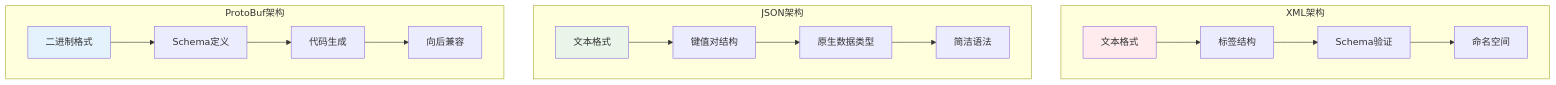
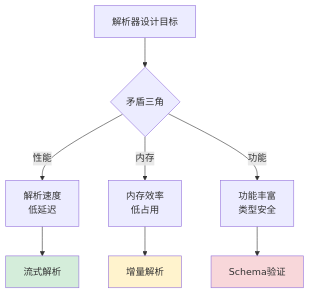
Before and after one commit to chongyang211/YCBookBlog: the fourth of 25 diagrams in 00.通用技术的提升/02.程序编程原理/06.数据解析设计思想.md, drawn with Mermaid. The commit also changed other lines of this file and 28 other files, not shown here.

````diff
--- a/00.通用技术的提升/02.程序编程原理/06.数据解析设计思想.md
+++ b/00.通用技术的提升/02.程序编程原理/06.数据解析设计思想.md
@@ -155,30 +206,15 @@
 ```mermaid
-graph TB
-    subgraph "XML架构"
-        XML1[文本格式]
-        XML2[标签结构]
-        XML3[Schema验证]
-        XML4[命名空间]
-        XML1 --> XML2 --> XML3 --> XML4
-    end
+flowchart TD
+    A[解析器设计目标] --> B{矛盾三角}
+    B -->|性能| C[解析速度<br/>低延迟]
+    B -->|内存| D[内存效率<br/>低占用]
+    B -->|功能| E[功能丰富<br/>类型安全]
     
-    subgraph "JSON架构"
-        JSON1[文本格式]
-        JSON2[键值对结构]
-        JSON3[原生数据类型]
-        JSON4[简洁语法]
-        JSON1 --> JSON2 --> JSON3 --> JSON4
-    end
+    C --> F[流式解析]
+    D --> G[增量解析]
+    E --> H[Schema验证]
     
-    subgraph "ProtoBuf架构"
-        PB1[二进制格式]
-        PB2[Schema定义]
-        PB3[代码生成]
-        PB4[向后兼容]
-        PB1 --> PB2 --> PB3 --> PB4
-    end
-    
-    style XML1 fill:#ffebee
-    style JSON1 fill:#e8f5e8
-    style PB1 fill:#e3f2fd
+    style F fill:#d4edda
+    style G fill:#fff3cd
+    style H fill:#f8d7da
 ```
````
